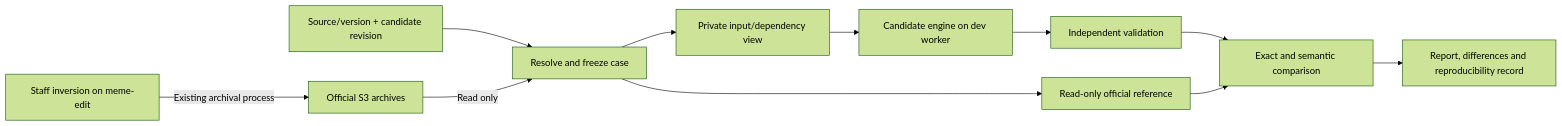
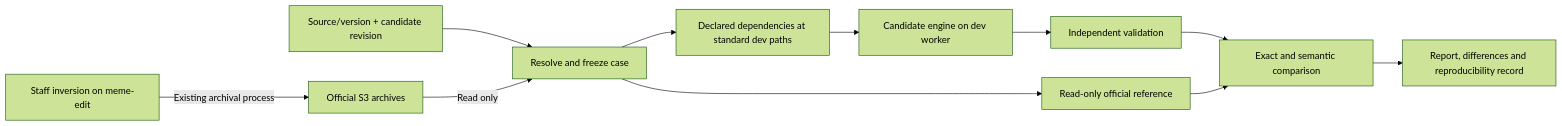
Before and after one commit to WestCoastInformatics/meme-inversion: the diagram in docs/inversion-review/test-architecture.md, drawn with Mermaid (forest theme). The commit also changed other lines of this file and 60 other files, not shown here.

````diff
--- a/docs/inversion-review/test-architecture.md
+++ b/docs/inversion-review/test-architecture.md
@@ -42,13 +44,13 @@
 ```mermaid
 flowchart LR
     Staff[Staff inversion on meme-edit] -->|Existing archival process| Official[Official S3 archives]
     Request[Source/version + candidate revision] --> Resolve[Resolve and freeze case]
     Official -->|Read only| Resolve
-    Resolve --> Inputs[Private input/dependency view]
+    Resolve --> Inputs[Declared dependencies at standard dev paths]
     Resolve --> Expected[Read-only official reference]
     Inputs --> Worker[Candidate engine on dev worker]
     Worker --> Validate[Independent validation]
     Validate --> Compare[Exact and semantic comparison]
     Expected --> Compare
     Compare --> Results[Report, differences and reproducibility record]
 ```
````
